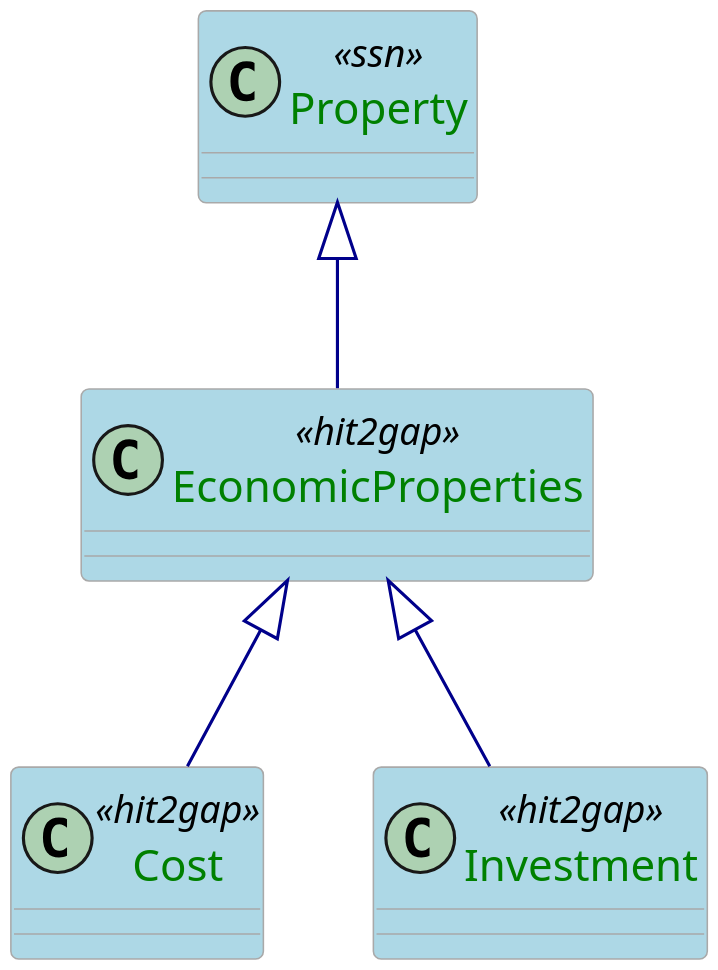
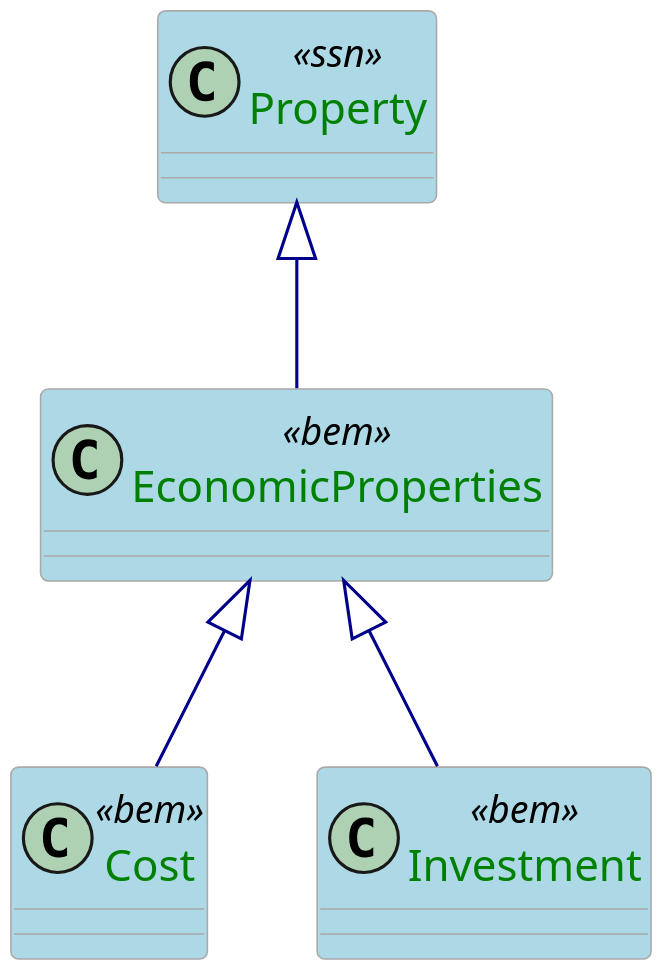
The diagram in docs/_book/plantuml/EconomicProperties.puml (HIT2GAP-EU-PROJECT/BEMOnt), drawn with PlantUML before and after one commit. The commit also changed 347 other files, not shown here.

Commit message:
Update: remove all references to the Hit2gap project, and replace with bemserver.

```diff
--- a/docs/_book/plantuml/EconomicProperties.puml
+++ b/docs/_book/plantuml/EconomicProperties.puml
@@ -1,25 +1,25 @@
 @startuml
 
 skinparam class {
   ArrowColor DarkBlue
   ArrowFontColor DarkBlue
   BackgroundColor LightBlue
   BorderColor DarkGrey
 }
 skinparam dpi 300
 skinparam stereotypeCBackgroundColor Wheat
 skinparam classAttributeFontColor  Green
 
 class Property <<ssn>>
 
-class EconomicProperties <<hit2gap>>
+class EconomicProperties <<bem>>
 
-class Cost <<hit2gap>>
-class Investment <<hit2gap>>
+class Cost <<bem>>
+class Investment <<bem>>
 
 Property <|-- EconomicProperties
 
 EconomicProperties <|-- Cost
 EconomicProperties <|-- Investment
 
 @enduml
```
